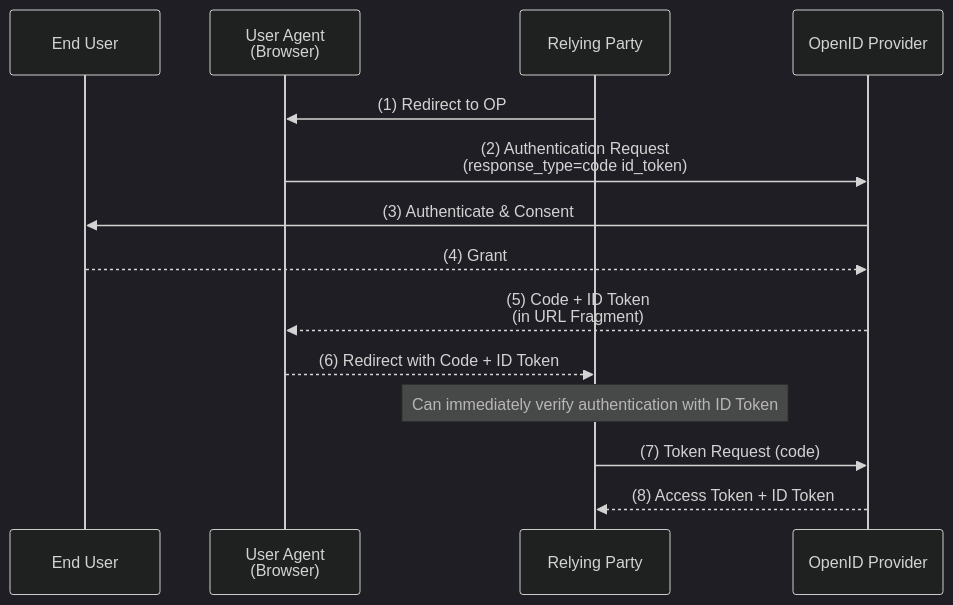
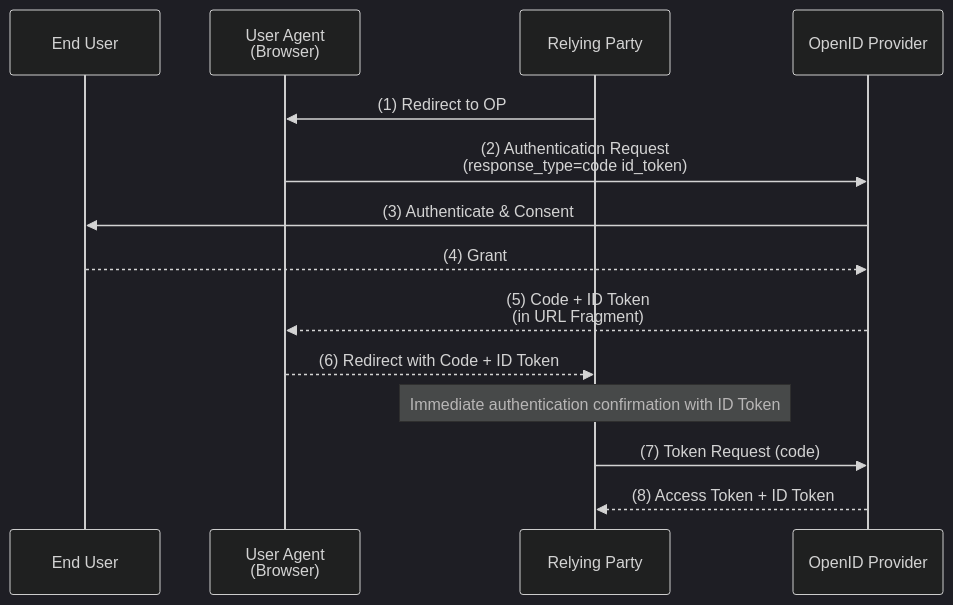
One commit to bmf-san/bmf-tech changed the third of 3 diagrams in content/en/posts/openid-connect-1-0-spec-summary.md. Above: the diagram before and after it, drawn with Mermaid (dark theme). The commit also changed other lines of this file and 425 other files, not shown here.

````diff
--- a/content/en/posts/openid-connect-1-0-spec-summary.md
+++ b/content/en/posts/openid-connect-1-0-spec-summary.md
@@ -175,17 +177,17 @@
 ```mermaid
 sequenceDiagram
     participant U as End User
     participant UA as User Agent<br/>(Browser)
     participant RP as Relying Party
     participant OP as OpenID Provider
 
     RP->>UA: (1) Redirect to OP
     UA->>OP: (2) Authentication Request<br/>(response_type=code id_token)
     OP->>U: (3) Authenticate & Consent
     U-->>OP: (4) Grant
     OP-->>UA: (5) Code + ID Token<br/>(in URL Fragment)
     UA-->>RP: (6) Redirect with Code + ID Token
-    Note over RP: Can immediately verify authentication with ID Token
+    Note over RP: Immediate authentication confirmation with ID Token
     RP->>OP: (7) Token Request (code)
     OP-->>RP: (8) Access Token + ID Token
 ```
````
